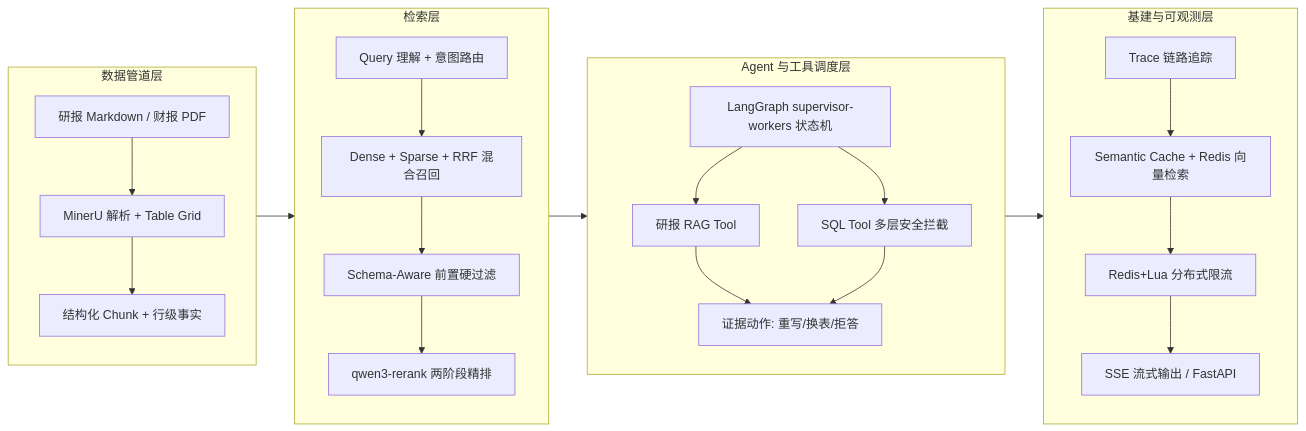
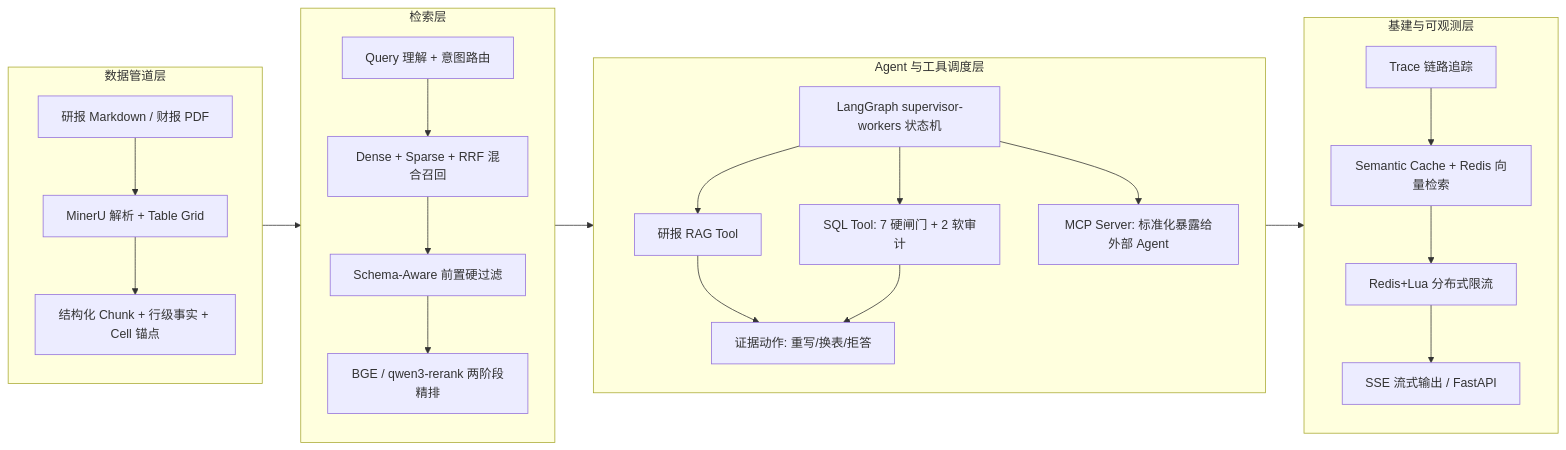
Before and after one commit to autumnieave/table-evidence-rag: the diagram in README.md, drawn with Mermaid. The commit also changed other lines of this file and 4 other files, not shown here.

````diff
--- a/README.md
+++ b/README.md
@@ -23,24 +24,25 @@
 ```mermaid
 flowchart LR
     subgraph D[数据管道层]
-        D1[研报 Markdown / 财报 PDF] --> D2[MinerU 解析 + Table Grid]
-        D2 --> D3[结构化 Chunk + 行级事实]
+        D1["研报 Markdown / 财报 PDF"] --> D2["MinerU 解析 + Table Grid"]
+        D2 --> D3["结构化 Chunk + 行级事实 + Cell 锚点"]
     end
     subgraph R[检索层]
-        R1[Query 理解 + 意图路由] --> R2[Dense + Sparse + RRF 混合召回]
-        R2 --> R3[Schema-Aware 前置硬过滤]
-        R3 --> R4[qwen3-rerank 两阶段精排]
+        R1["Query 理解 + 意图路由"] --> R2["Dense + Sparse + RRF 混合召回"]
+        R2 --> R3["Schema-Aware 前置硬过滤"]
+        R3 --> R4["BGE / qwen3-rerank 两阶段精排"]
     end
     subgraph A[Agent 与工具调度层]
-        A1[LangGraph supervisor-workers 状态机] --> A2[研报 RAG Tool]
-        A1 --> A3[SQL Tool 多层安全拦截]
-        A2 --> A4[证据动作: 重写/换表/拒答]
-        A3 --> A4
+        A1["LangGraph supervisor-workers 状态机"] --> A2["研报 RAG Tool"]
+        A1 --> A3["SQL Tool: 7 硬闸门 + 2 软审计"]
+        A1 --> A4["MCP Server: 标准化暴露给外部 Agent"]
+        A2 --> A5["证据动作: 重写/换表/拒答"]
+        A3 --> A5
     end
     subgraph I[基建与可观测层]
-        I1[Trace 链路追踪] --> I2[Semantic Cache + Redis 向量检索]
-        I2 --> I3[Redis+Lua 分布式限流]
-        I3 --> I4[SSE 流式输出 / FastAPI]
+        I1["Trace 链路追踪"] --> I2["Semantic Cache + Redis 向量检索"]
+        I2 --> I3["Redis+Lua 分布式限流"]
+        I3 --> I4["SSE 流式输出 / FastAPI"]
     end
     D --> R --> A --> I
 ```
````
